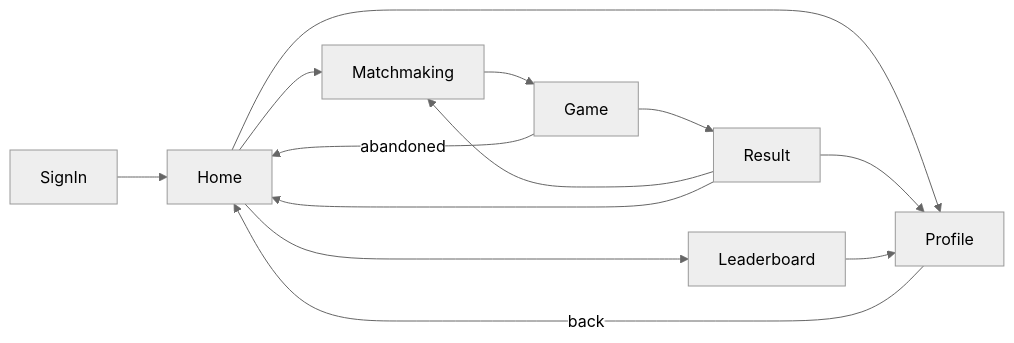
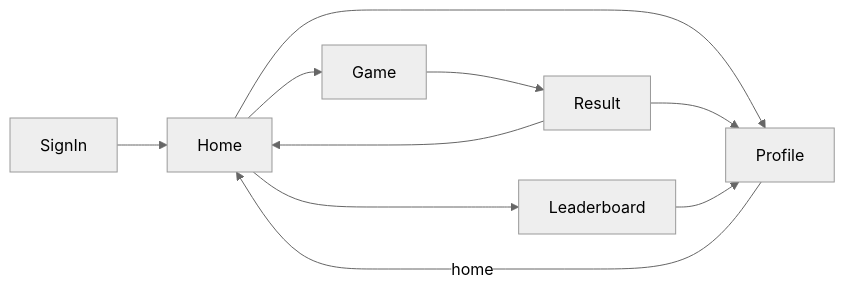
The diagram in docs/UI.md (melkor217/rock-paper-scissors), drawn with Mermaid (neutral theme) before and after one commit. The commit also changed other lines of this file and 21 other files, not shown here.

````diff
--- a/docs/UI.md
+++ b/docs/UI.md
@@ -37,15 +36,12 @@
 ```mermaid
 flowchart LR
   SignIn --> Home
-  Home --> Matchmaking
+  Home --> Game
   Home --> Leaderboard
   Home --> Profile
-  Matchmaking --> Game
   Game --> Result
-  Game -->|abandoned| Home
-  Result --> Matchmaking
   Result --> Home
   Result --> Profile
   Leaderboard --> Profile
-  Profile -->|back| Home
+  Profile -->|home| Home
 ```
````
